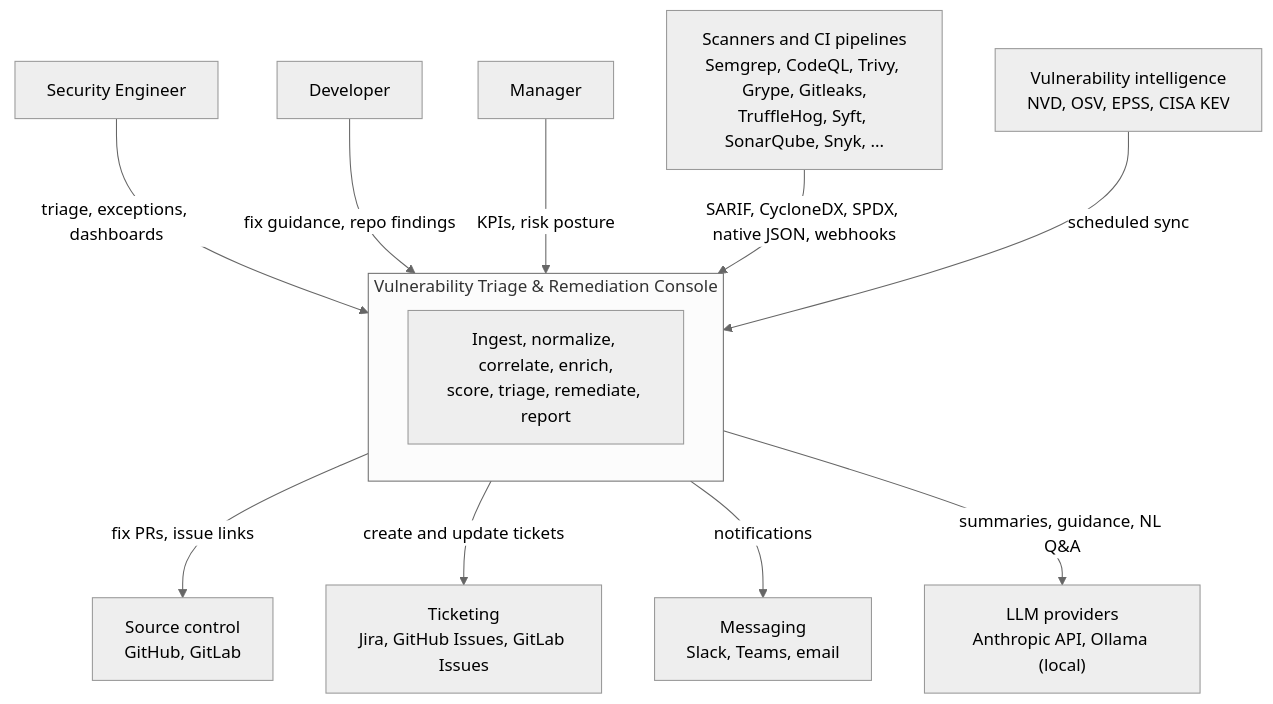
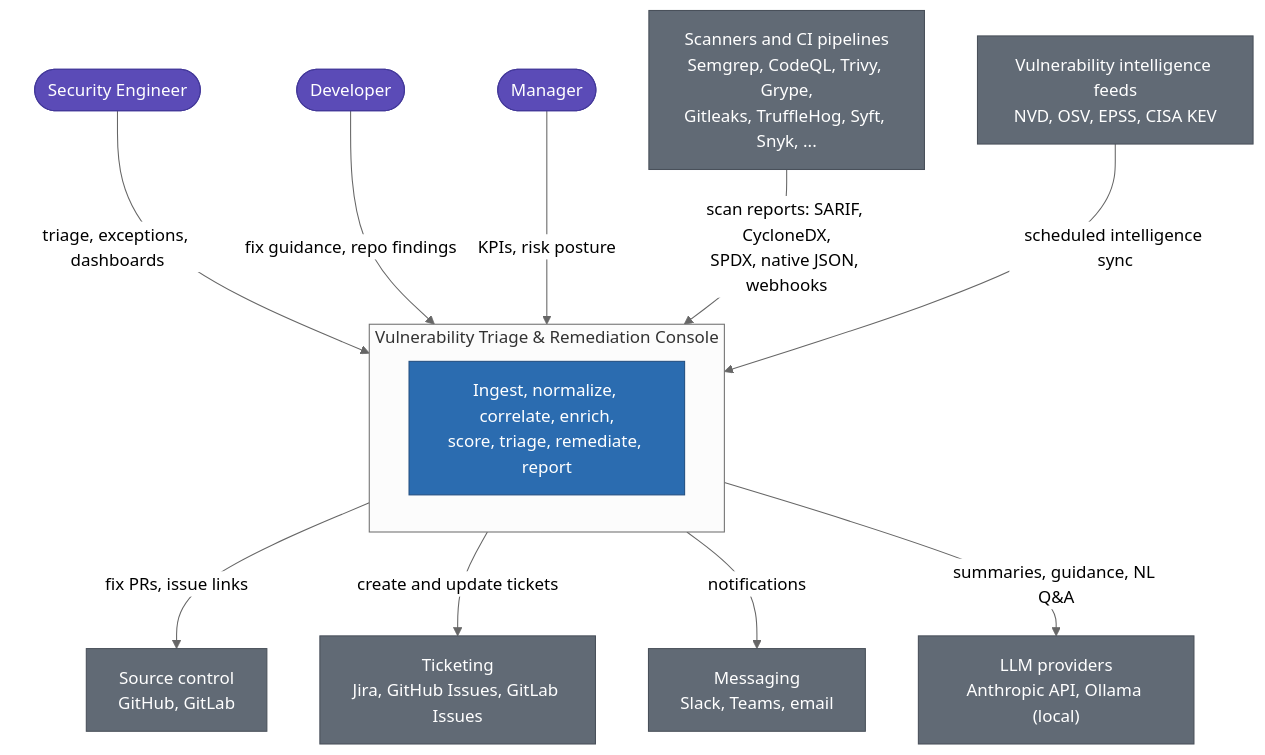
One commit to PhinehasNarh/vuln-console changed the first of 3 diagrams in docs/architecture/overview.md. Above: the diagram before and after it, drawn with Mermaid (neutral theme). The commit also changed other lines of this file and 98 other files, not shown here.

````diff
--- a/docs/architecture/overview.md
+++ b/docs/architecture/overview.md
@@ -24,28 +26,35 @@
 ```mermaid
 flowchart TB
-    seceng["Security Engineer"]
-    dev["Developer"]
-    mgr["Manager"]
+    seceng(["Security Engineer"])
+    dev(["Developer"])
+    mgr(["Manager"])
 
     subgraph console["Vulnerability Triage & Remediation Console"]
-        core["Ingest, normalize, correlate, enrich,\nscore, triage, remediate, report"]
+        core["Ingest, normalize, correlate, enrich,<br/>score, triage, remediate, report"]
     end
 
-    scanners["Scanners and CI pipelines\nSemgrep, CodeQL, Trivy, Grype, Gitleaks,\nTruffleHog, Syft, SonarQube, Snyk, ..."]
-    feeds["Vulnerability intelligence\nNVD, OSV, EPSS, CISA KEV"]
-    scm["Source control\nGitHub, GitLab"]
-    trackers["Ticketing\nJira, GitHub Issues, GitLab Issues"]
-    chat["Messaging\nSlack, Teams, email"]
-    llm["LLM providers\nAnthropic API, Ollama (local)"]
+    scanners["Scanners and CI pipelines<br/>Semgrep, CodeQL, Trivy, Grype,<br/>Gitleaks, TruffleHog, Syft, Snyk, ..."]
+    feeds["Vulnerability intelligence feeds<br/>NVD, OSV, EPSS, CISA KEV"]
+    scm["Source control<br/>GitHub, GitLab"]
+    trackers["Ticketing<br/>Jira, GitHub Issues, GitLab Issues"]
+    chat["Messaging<br/>Slack, Teams, email"]
+    llm["LLM providers<br/>Anthropic API, Ollama (local)"]
 
-    seceng -->|triage, exceptions, dashboards| console
-    dev -->|fix guidance, repo findings| console
-    mgr -->|KPIs, risk posture| console
+    seceng -->|"triage, exceptions, dashboards"| console
+    dev -->|"fix guidance, repo findings"| console
+    mgr -->|"KPIs, risk posture"| console
 
-    scanners -->|SARIF, CycloneDX, SPDX, native JSON, webhooks| console
-    feeds -->|scheduled sync| console
-    console -->|fix PRs, issue links| scm
-    console -->|create and update tickets| trackers
-    console -->|notifications| chat
-    console -->|summaries, guidance, NL Q&A| llm
+    scanners -->|"scan reports: SARIF, CycloneDX,<br/>SPDX, native JSON, webhooks"| console
+    feeds -->|"scheduled intelligence sync"| console
+    console -->|"fix PRs, issue links"| scm
+    console -->|"create and update tickets"| trackers
+    console -->|"notifications"| chat
+    console -->|"summaries, guidance, NL Q&A"| llm
+
+    classDef person fill:#5b4bb7,stroke:#43389a,color:#ffffff
+    classDef platform fill:#2b6cb0,stroke:#234f80,color:#ffffff
+    classDef external fill:#616a75,stroke:#49505a,color:#ffffff
+    class seceng,dev,mgr person
+    class core platform
+    class scanners,feeds,scm,trackers,chat,llm external
 ```
````
